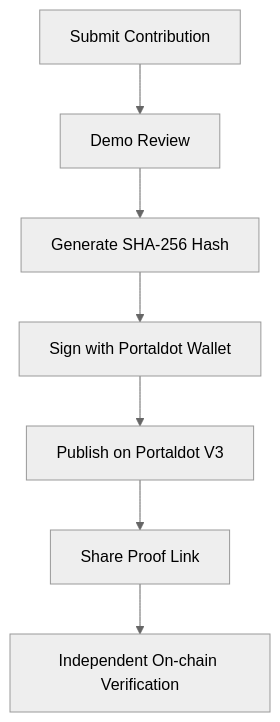
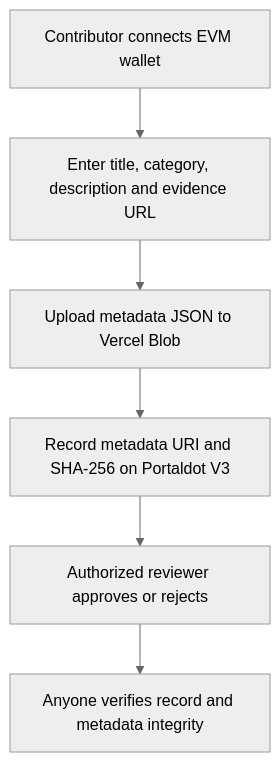
One commit to Qnam309/proof-of-contribution changed the diagram in README.md. Above: the diagram before and after it, drawn with Mermaid (neutral theme). The commit also changed other lines of this file, not shown here.

````diff
--- a/README.md
+++ b/README.md
@@ -48,9 +22,8 @@
 ```mermaid
 flowchart TD
-    A[Submit Contribution] --> B[Demo Review]
-    B --> C[Generate SHA-256 Hash]
-    C --> D[Sign with Portaldot Wallet]
-    D --> E[Publish on Portaldot V3]
-    E --> F[Share Proof Link]
-    F --> G[Independent On-chain Verification]
+    A[Contributor connects EVM wallet] --> B[Enter title, category, description and evidence URL]
+    B --> C[Upload metadata JSON to Vercel Blob]
+    C --> D[Record metadata URI and SHA-256 on Portaldot V3]
+    D --> E[Authorized reviewer approves or rejects]
+    E --> F[Anyone verifies record and metadata integrity]
 ```
````
